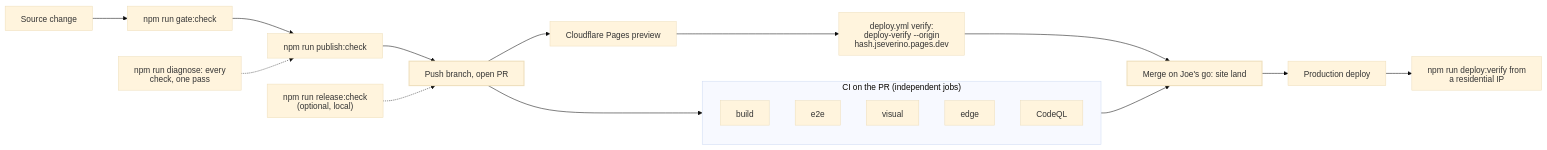
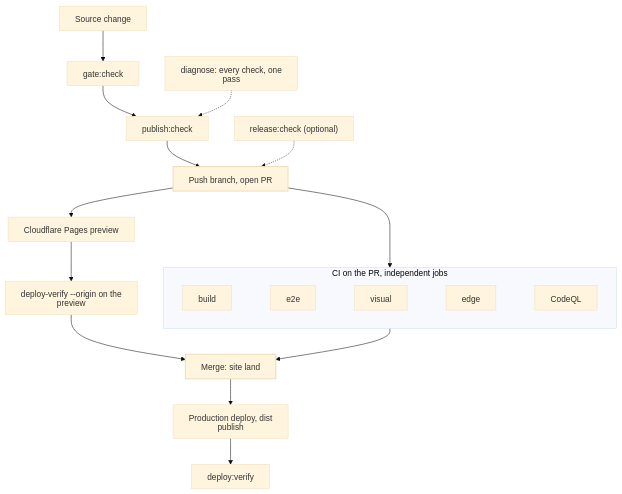
One commit to joeseverino/jseverino.com changed the diagram in docs/diagrams/validation-flow.mmd. Above: the diagram before and after it, drawn with Mermaid (base theme). The commit also changed 258 other files, not shown here.

First line of the commit message:
feat: declare the zone and repo settings as code, publish a dist branch, and clean up (#120)

```diff
--- a/docs/diagrams/validation-flow.mmd
+++ b/docs/diagrams/validation-flow.mmd
@@ -1,23 +1,18 @@
 %%{init: { "htmlLabels": false } }%%
-flowchart LR
-    A["Source change"] --> B["npm run gate:check"] --> C["npm run publish:check"] --> D["Push branch, open PR"]
+flowchart TB
+    A["Source change"] --> B["gate:check"] --> C["publish:check"] --> D["Push branch, open PR"]
+    G["diagnose: every check, one pass"] -.-> C
+    R["release:check (optional)"] -.-> D
     D --> CI
-    D --> P["Cloudflare Pages preview"]
-    P --> V["deploy.yml verify: deploy-verify --origin hash.jseverino.pages.dev"]
-    CI --> M["Merge on Joe's go: site land"]
+    D --> P["Cloudflare Pages preview"] --> V["deploy-verify --origin on the preview"]
+    CI --> M["Merge: site land"]
     V --> M
-    M --> PR["Production deploy"] --> F["npm run deploy:verify from a residential IP"]
-    R["npm run release:check (optional, local)"] -.-> D
-    G["npm run diagnose: every check, one pass"] -.-> C
+    M --> PD["Production deploy, dist publish"] --> F["deploy:verify"]
 
-    subgraph CI ["CI on the PR (independent jobs)"]
-        CB["build"]
-        CE["e2e"]
-        CV["visual"]
-        CG["edge"]
-        CQ["CodeQL"]
+    subgraph CI ["CI on the PR, independent jobs"]
+        direction LR
+        CB["build"] ~~~ CE["e2e"] ~~~ CV["visual"] ~~~ CG["edge"] ~~~ CQ["CodeQL"]
     end
 
-    %% the pivot: local gates before, the PR and production after
     classDef anchor stroke-width:2px;
     class D,M anchor;
```
